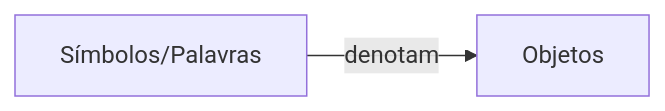
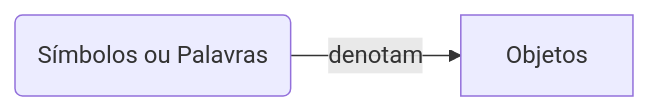
The fifth of 5 diagrams in Mestrado/Segundo Semestre/SIN5033 - Grafos de conhecimento e Ontologias/Aula 1/1 Conceitos basicos.md (Igorino/joplin-notes), drawn with Mermaid before and after one commit.

Commit message:
Exported on 2026-04-05_23-33-07

````diff
--- a/Mestrado/Segundo Semestre/SIN5033 - Grafos de conhecimento e Ontologias/Aula 1/1 Conceitos basicos.md
+++ b/Mestrado/Segundo Semestre/SIN5033 - Grafos de conhecimento e Ontologias/Aula 1/1 Conceitos basicos.md
@@ -115,4 +115,4 @@
 ```mermaid
 flowchart LR
-	Símbolos/Palavras -- denotam --> Objetos
+	A(Símbolos ou Palavras) -- denotam --> Objetos
 ```
````
